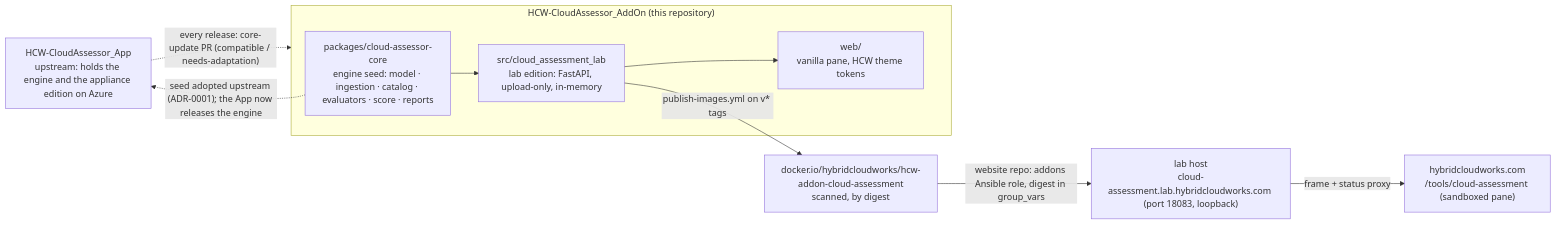
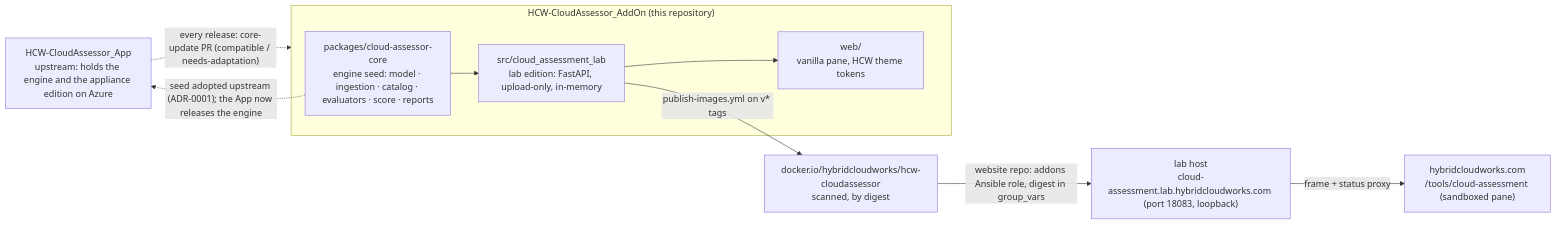
Before and after one commit to saulpatinojr/HCW-CloudAssessor_AddOn: the diagram in README.md, drawn with Mermaid. The commit also changed other lines of this file and 8 other files, not shown here.

First line of the commit message:
Lab image repository follows the owner naming convention (hcw-<app>)

````diff
--- a/README.md
+++ b/README.md
@@ -30,18 +30,18 @@
 ```mermaid
 flowchart LR
   App["HCW-CloudAssessor_App<br/>upstream: holds the engine and the appliance edition on Azure"]
   subgraph AddOn["HCW-CloudAssessor_AddOn (this repository)"]
     Core["packages/cloud-assessor-core<br/>engine seed: model · ingestion · catalog · evaluators · score · reports"]
     Lab["src/cloud_assessment_lab<br/>lab edition: FastAPI, upload-only, in-memory"]
     Pane["web/<br/>vanilla pane, HCW theme tokens"]
     Core --> Lab --> Pane
   end
-  Image["docker.io/hybridcloudworks/hcw-addon-cloud-assessment<br/>scanned, by digest"]
+  Image["docker.io/hybridcloudworks/hcw-cloudassessor<br/>scanned, by digest"]
   Host["lab host<br/>cloud-assessment.lab.hybridcloudworks.com (port 18083, loopback)"]
   Site["hybridcloudworks.com<br/>/tools/cloud-assessment (sandboxed pane)"]
   Lab -- "publish-images.yml on v* tags" --> Image
   Image -- "website repo: addons Ansible role, digest in group_vars" --> Host
   Host -- "frame + status proxy" --> Site
   Core -. "seed adopted upstream (ADR-0001); the App now releases the engine" .-> App
   App -. "every release: core-update PR (compatible / needs-adaptation)" .-> AddOn
 ```
````
